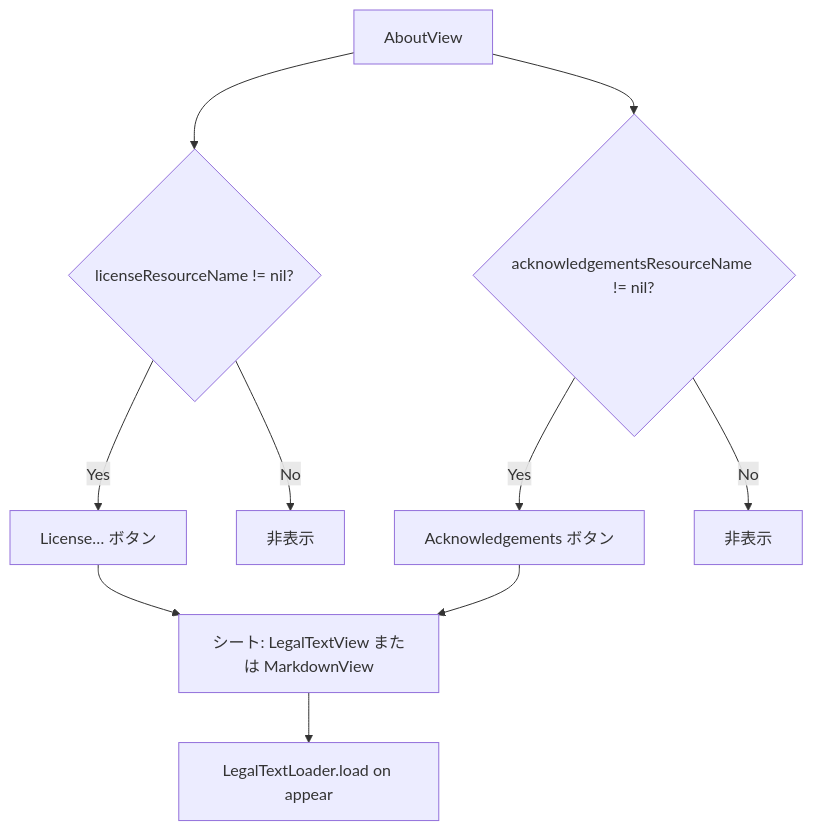
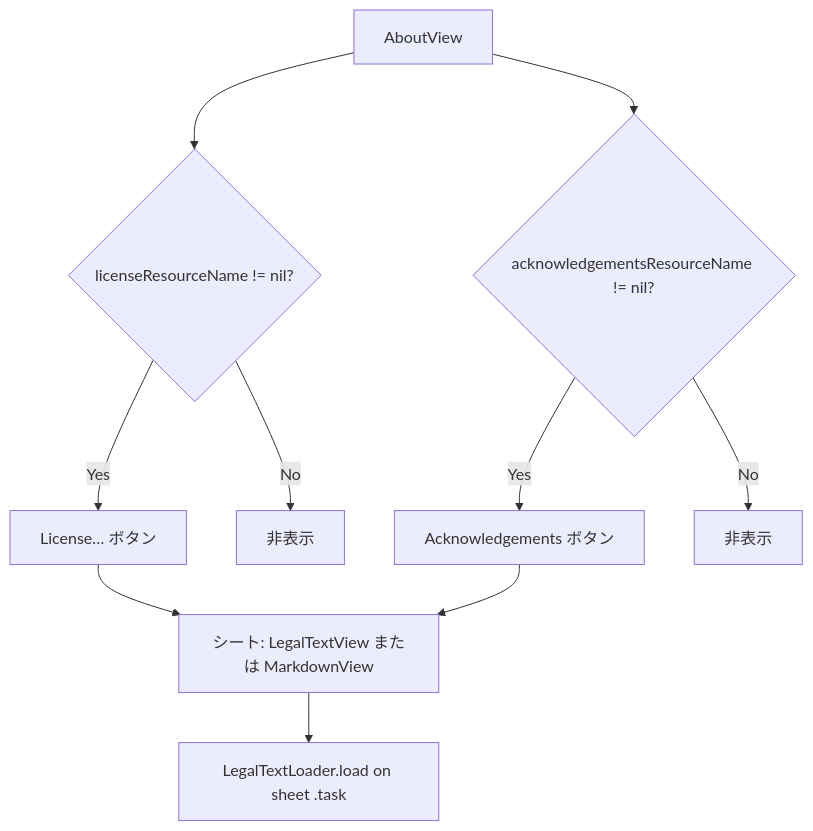
One commit to stein2nd/s2j-about-window changed the diagram in docs/legal_text_spec.md. Above: the diagram before and after it, drawn with Mermaid. The commit also changed other lines of this file and 10 other files, not shown here.

````diff
--- a/docs/legal_text_spec.md
+++ b/docs/legal_text_spec.md
@@ -135,12 +138,12 @@
 ```mermaid
 flowchart TD
     A[AboutView] --> B{licenseResourceName != nil?}
     B -->|Yes| C[License… ボタン]
     B -->|No| D[非表示]
     A --> E{acknowledgementsResourceName != nil?}
     E -->|Yes| F[Acknowledgements ボタン]
     E -->|No| G[非表示]
     C --> H[シート: LegalTextView または MarkdownView]
     F --> H
-    H --> I[LegalTextLoader.load on appear]
+    H --> I[LegalTextLoader.load on sheet .task]
 ```
````
